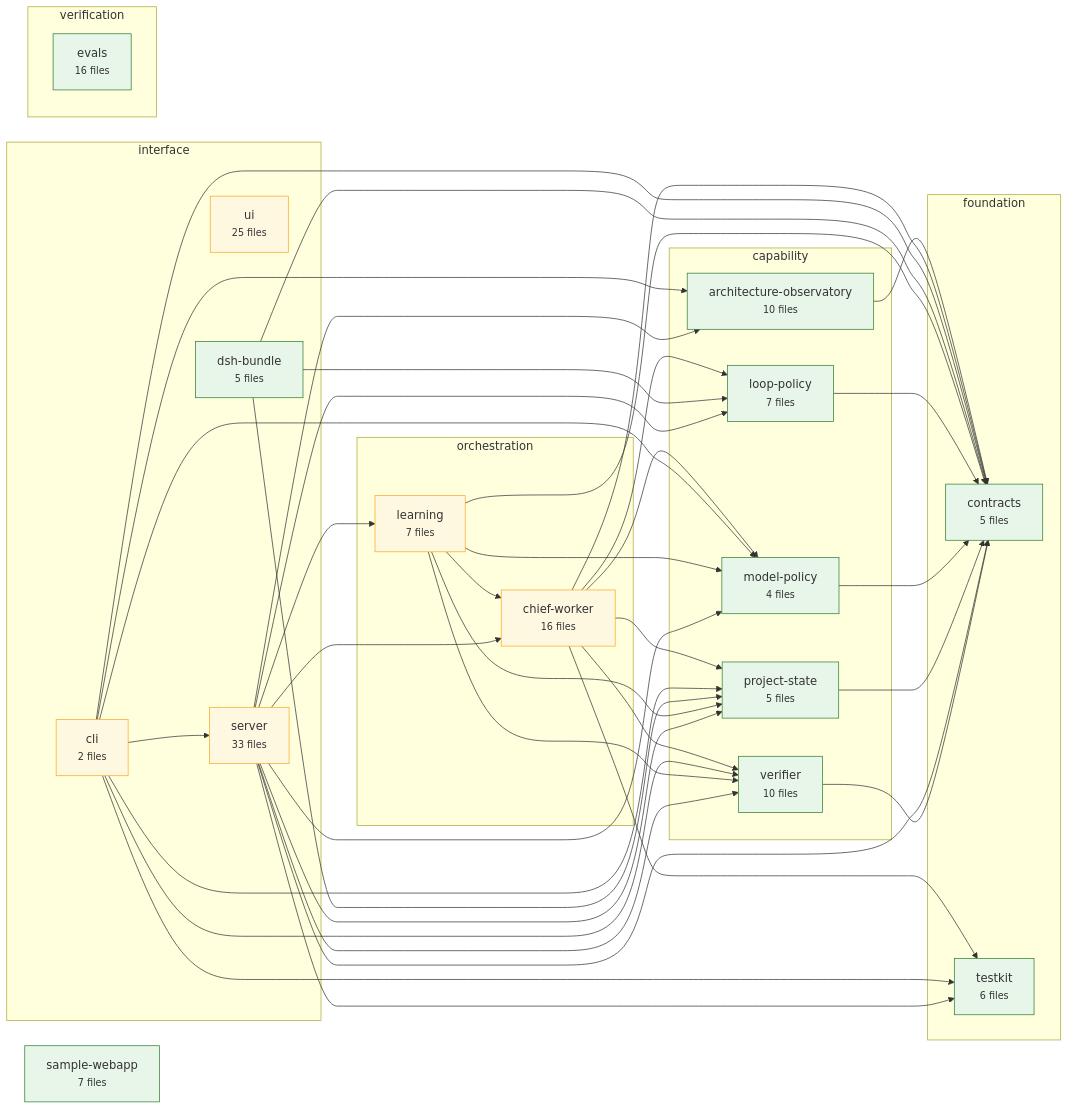
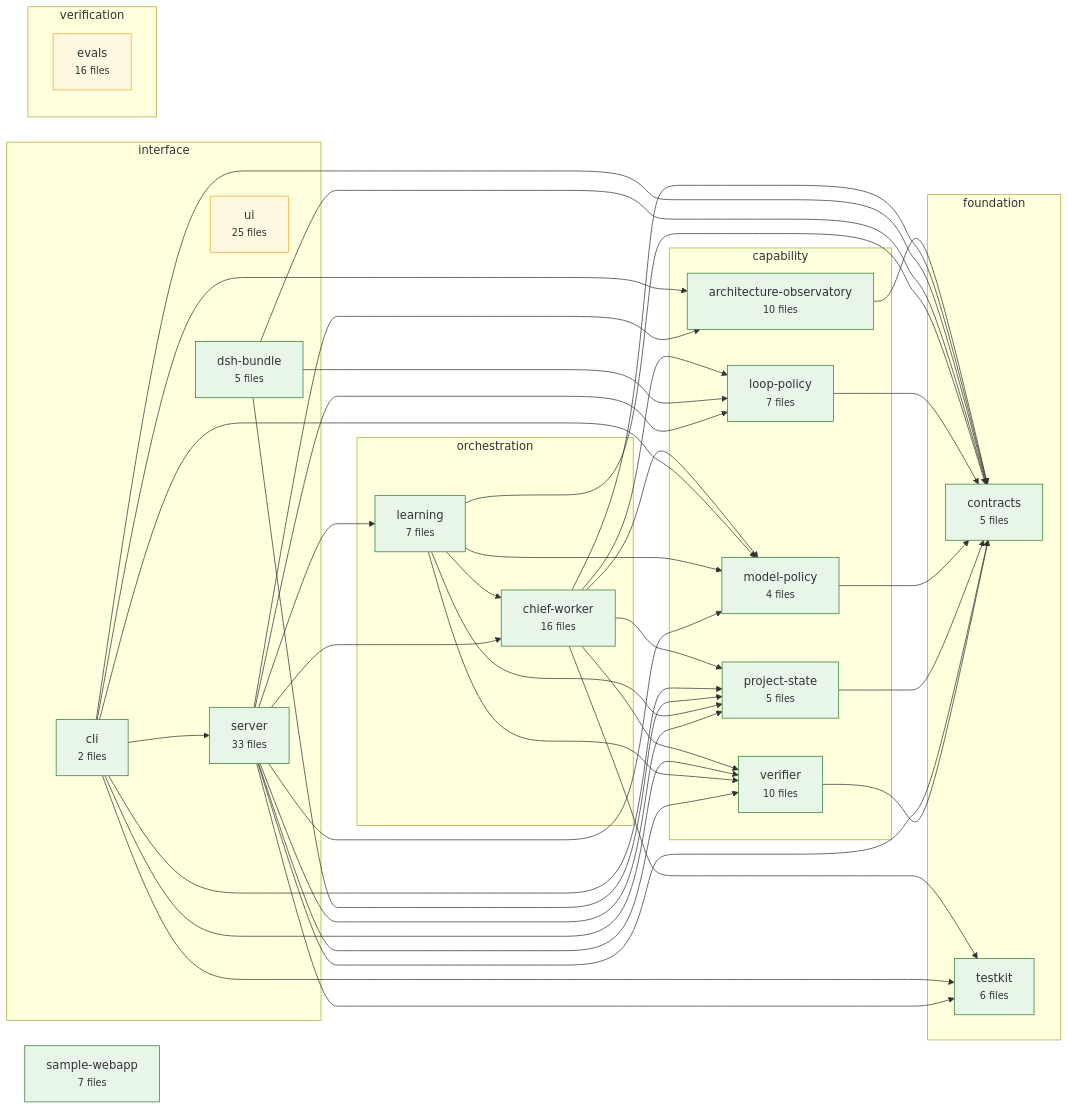
One commit to CharAzinabulu0079/dgx-super-agent changed the diagram in .architecture/graph.mmd. Above: the diagram before and after it, drawn with Mermaid. The commit also changed 6 other files, not shown here.

```diff
--- a/.architecture/graph.mmd
+++ b/.architecture/graph.mmd
@@ -1,81 +1,81 @@
 flowchart LR
   subgraph layer_foundation["foundation"]
     contracts["contracts<br/><small>5 files</small>"]
     testkit["testkit<br/><small>6 files</small>"]
   end
   subgraph layer_capability["capability"]
     project_state["project-state<br/><small>5 files</small>"]
     verifier["verifier<br/><small>10 files</small>"]
     loop_policy["loop-policy<br/><small>7 files</small>"]
     model_policy["model-policy<br/><small>4 files</small>"]
     architecture_observatory["architecture-observatory<br/><small>10 files</small>"]
   end
   subgraph layer_orchestration["orchestration"]
     learning["learning<br/><small>7 files</small>"]
     chief_worker["chief-worker<br/><small>16 files</small>"]
   end
   subgraph layer_interface["interface"]
     server["server<br/><small>33 files</small>"]
     cli["cli<br/><small>2 files</small>"]
     ui["ui<br/><small>25 files</small>"]
     dsh_bundle["dsh-bundle<br/><small>5 files</small>"]
   end
   subgraph layer_verification["verification"]
     evals["evals<br/><small>16 files</small>"]
   end
   sample_webapp["sample-webapp<br/><small>7 files</small>"]
   architecture_observatory --> contracts
   chief_worker --> contracts
   chief_worker --> loop_policy
   chief_worker --> model_policy
   chief_worker --> project_state
   chief_worker --> testkit
   chief_worker --> verifier
   cli --> architecture_observatory
   cli --> contracts
   cli --> model_policy
   cli --> project_state
   cli --> server
   cli --> testkit
   cli --> verifier
   dsh_bundle --> contracts
   dsh_bundle --> loop_policy
   dsh_bundle --> project_state
   learning --> chief_worker
   learning --> contracts
   learning --> model_policy
   learning --> project_state
   learning --> verifier
   loop_policy --> contracts
   model_policy --> contracts
   project_state --> contracts
   server --> architecture_observatory
   server --> chief_worker
   server --> contracts
   server --> learning
   server --> loop_policy
   server --> model_policy
   server --> project_state
   server --> testkit
   server --> verifier
   verifier --> contracts
   classDef stable fill:#e8f5e9,stroke:#2e7d32
   classDef changing fill:#fff8e1,stroke:#f9a825
   classDef worker_active fill:#e3f2fd,stroke:#1565c0
   classDef gate_failed fill:#ffebee,stroke:#c62828
   classDef protected stroke:#6a1b9a,stroke-width:3px
   class contracts stable
   class testkit stable
   class project_state stable
   class verifier stable
   class loop_policy stable
   class model_policy stable
   class architecture_observatory stable
-  class learning changing
-  class chief_worker changing
-  class server changing
-  class cli changing
+  class learning stable
+  class chief_worker stable
+  class server stable
+  class cli stable
   class ui changing
   class dsh_bundle stable
-  class evals stable
+  class evals changing
   class sample_webapp stable
```
